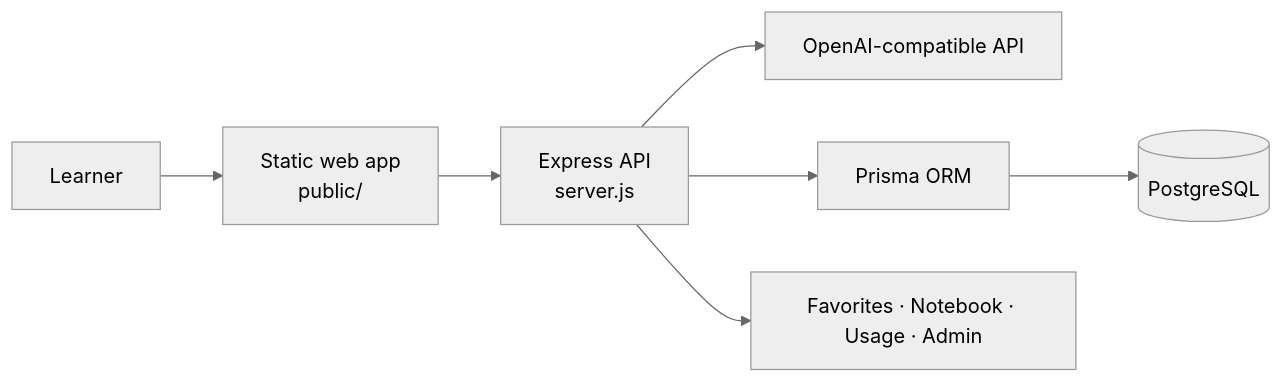
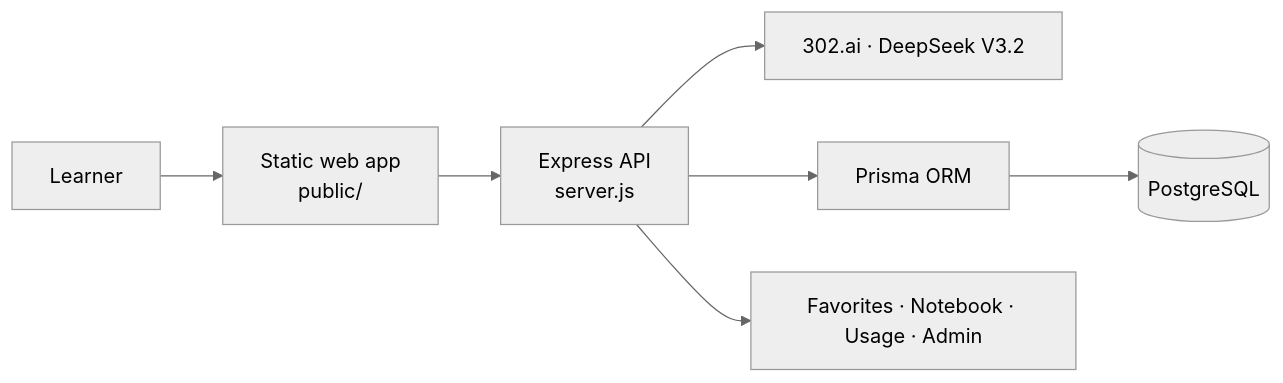
One commit to YanYihann/Texta changed the diagram in README.md. Above: the diagram before and after it, drawn with Mermaid (neutral theme). The commit also changed other lines of this file, not shown here.

````diff
--- a/README.md
+++ b/README.md
@@ -43,9 +44,9 @@
 ```mermaid
 flowchart LR
   U["Learner"] --> W["Static web app<br/>public/"]
   W --> A["Express API<br/>server.js"]
-  A --> O["OpenAI-compatible API"]
+  A --> O["302.ai · DeepSeek V3.2"]
   A --> P["Prisma ORM"]
   P --> D[(PostgreSQL)]
   A --> L["Favorites · Notebook · Usage · Admin"]
 ```
````
